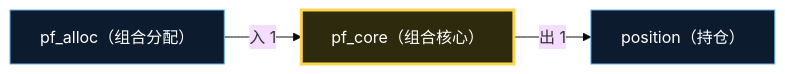
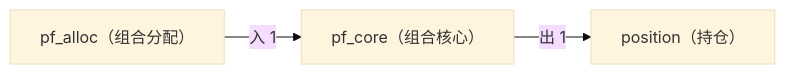
The second of 2 diagrams in docs/02_enterprise_architecture/06_decision_architecture/17_decision_l3_pf_core.md (xuanFelixVan/ZephyrAlpha), drawn with Mermaid (base theme) before and after one commit. The commit also changed other lines of this file and 23 other files, not shown here.

First line of the commit message:
style(decision-diagram): 移除所有 mermaid classDef，照搬 application_flows.md 纯默认主题

````diff
--- a/docs/02_enterprise_architecture/06_decision_architecture/17_decision_l3_pf_core.md
+++ b/docs/02_enterprise_architecture/06_decision_architecture/17_decision_l3_pf_core.md
@@ -130,11 +124,8 @@
 ```mermaid
 flowchart LR
-    SELF["pf_core（组合核心）"]:::selfDomain
-    EXT_position["position（持仓）"]:::extDomain
+    SELF["pf_core（组合核心）"]
+    EXT_position["position（持仓）"]
     SELF -->|出 1| EXT_position
-    EXT_pf_alloc["pf_alloc（组合分配）"]:::extDomain
+    EXT_pf_alloc["pf_alloc（组合分配）"]
     EXT_pf_alloc -->|入 1| SELF
-
-    classDef selfDomain fill:#2e2a0d,stroke:#ffd54f,stroke-width:3px,color:#fff
-    classDef extDomain fill:#0d1b2e,stroke:#64b5f6,stroke-width:1px,color:#fff
 ```
````
